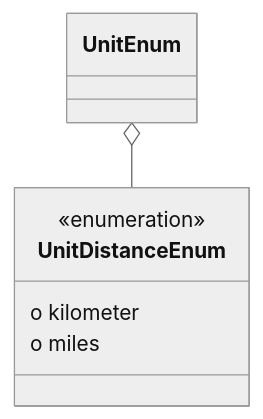
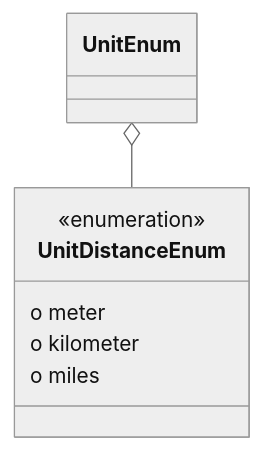
One commit to codexstanford/Insurance-Payout-Ontology changed the diagram in datamodel-build/mermaid/UnitDistanceEnum.mmd. Above: the diagram before and after it, drawn with Mermaid (neutral theme). The commit also changed 95 other files, not shown here.

```diff
--- a/datamodel-build/mermaid/UnitDistanceEnum.mmd
+++ b/datamodel-build/mermaid/UnitDistanceEnum.mmd
@@ -1,7 +1,8 @@
 classDiagram
 UnitEnum o-- UnitDistanceEnum
   class UnitDistanceEnum {
 <<enumeration>>
+  o meter
   o kilometer
   o miles
 }
```
